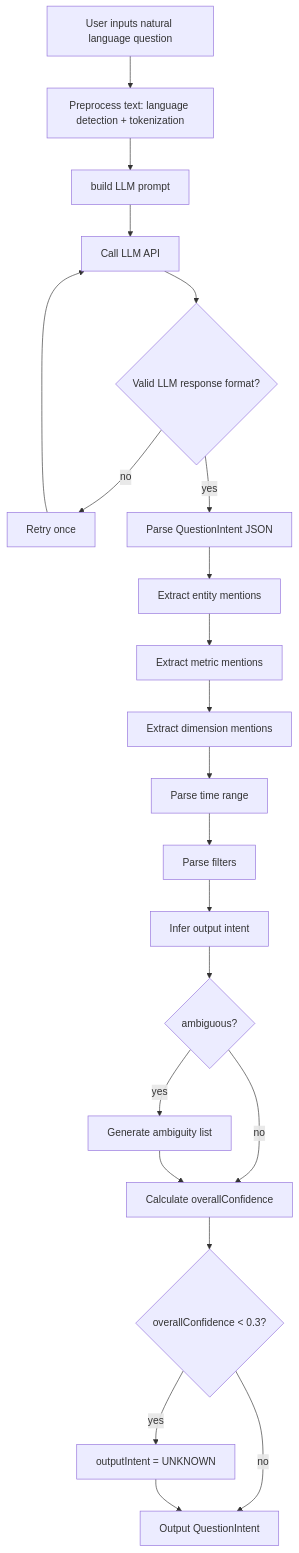
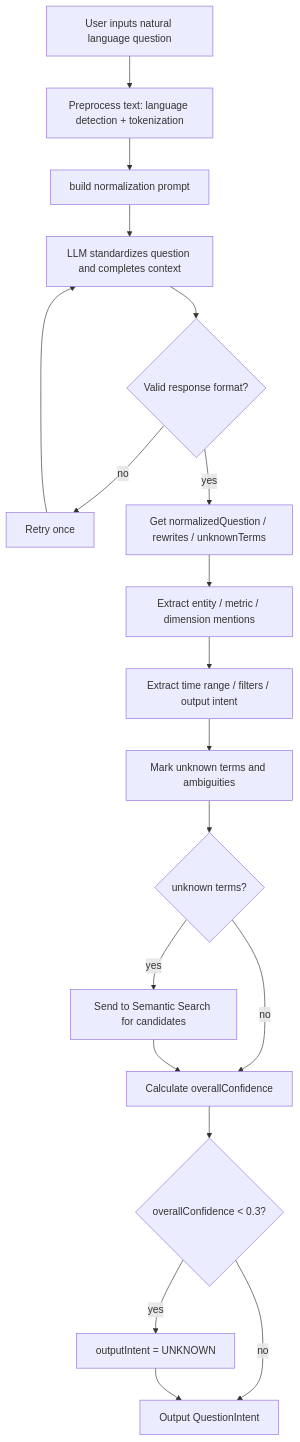
The second of 4 diagrams in docs/design/semantic-layer/08-question-understanding.md (xiaoguang/relation-detector), drawn with Mermaid before and after one commit. The commit also changed other lines of this file and 3 other files, not shown here.

````diff
--- a/docs/design/semantic-layer/08-question-understanding.md
+++ b/docs/design/semantic-layer/08-question-understanding.md
@@ -101,24 +108,21 @@
 ```mermaid
 flowchart TD
     A[User inputs natural language question] --> B[Preprocess text: language detection + tokenization]
-    B --> C[build LLM prompt]
-    C --> D[Call LLM API]
-    D --> E{Valid LLM response format?}
+    B --> C[build normalization prompt]
+    C --> D[LLM standardizes question and completes context]
+    D --> E{Valid response format?}
     E -- no --> F[Retry once]
     F --> D
-    E -- yes --> G[Parse QuestionIntent JSON]
-    G --> H[Extract entity mentions]
-    H --> I[Extract metric mentions]
-    I --> J[Extract dimension mentions]
-    J --> K[Parse time range]
-    K --> L[Parse filters]
-    L --> M[Infer output intent]
-    M --> N{ambiguous?}
-    N -- yes --> O[Generate ambiguity list]
-    N -- no --> P[Calculate overallConfidence]
+    E -- yes --> G[Get normalizedQuestion / rewrites / unknownTerms]
+    G --> H[Extract entity / metric / dimension mentions]
+    H --> I[Extract time range / filters / output intent]
+    I --> J[Mark unknown terms and ambiguities]
+    J --> K{unknown terms?}
+    K -- yes --> L[Send to Semantic Search for candidates]
+    K -- no --> M[Calculate overallConfidence]
+    L --> M
+    M --> N{overallConfidence < 0.3?}
+    N -- yes --> O[outputIntent = UNKNOWN]
+    N -- no --> P[Output QuestionIntent]
     O --> P
-    P --> Q{overallConfidence < 0.3?}
-    Q -- yes --> R[outputIntent = UNKNOWN]
-    Q -- no --> S[Output QuestionIntent]
-    R --> S
 ```
````
